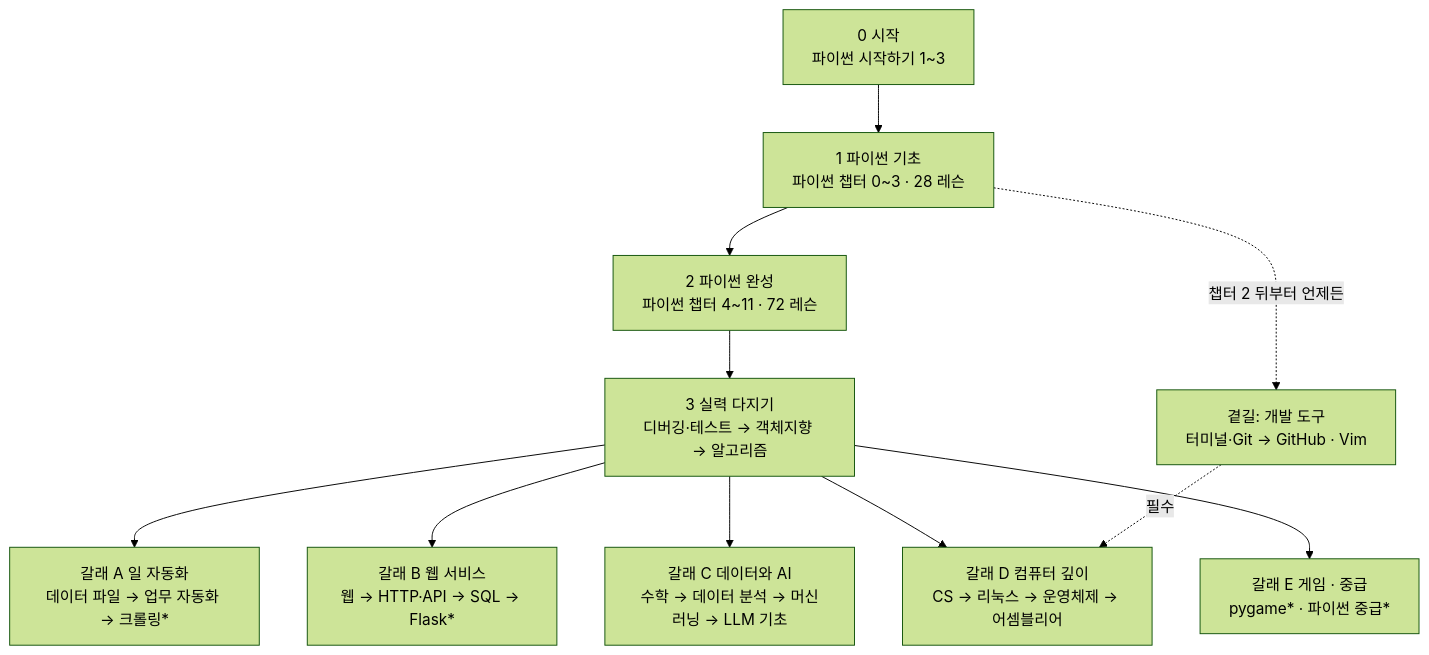
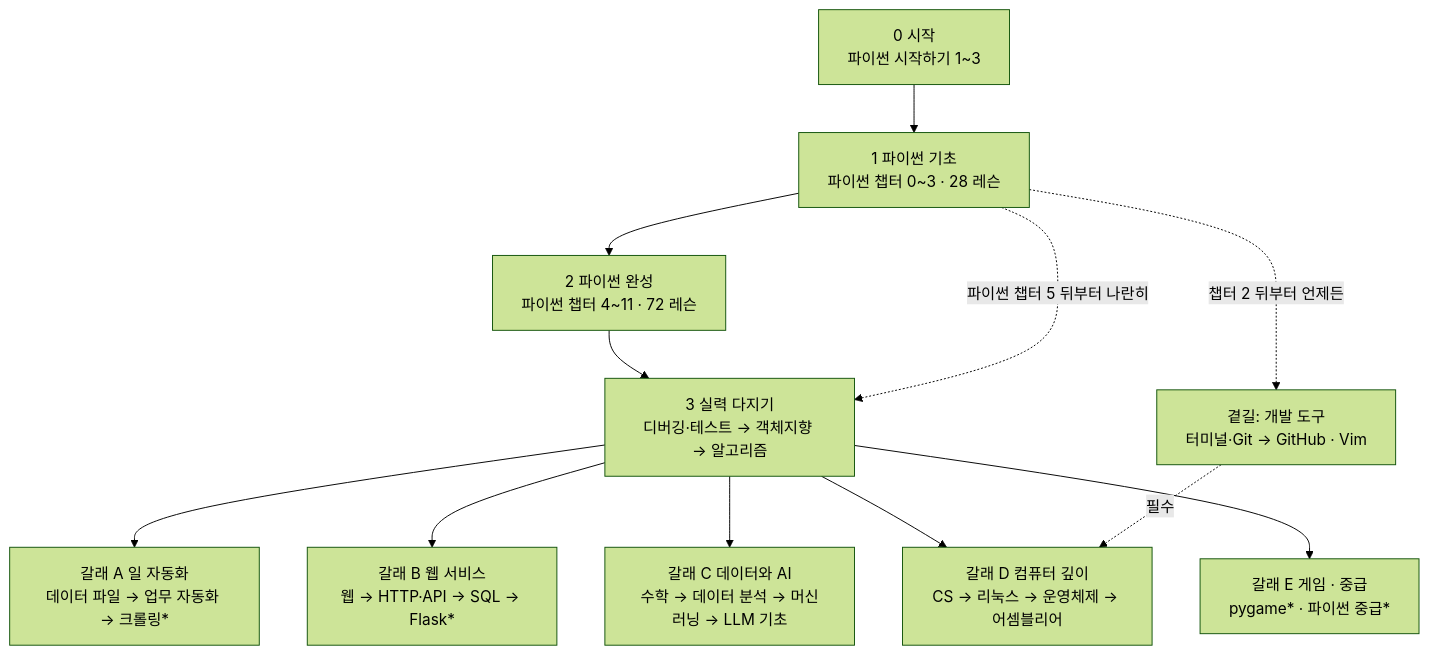
One commit to jihoon380462/python-academy changed the diagram in specs/roadmap.md. Above: the diagram before and after it, drawn with Mermaid (forest theme). The commit also changed other lines of this file and 3 other files, not shown here.

First line of the commit message:
로드맵 · 허브: 디버깅 · 객체지향은 파이썬 챕터 5 뒤부터 나란히

````diff
--- a/specs/roadmap.md
+++ b/specs/roadmap.md
@@ -58,13 +58,14 @@
 ```mermaid
 flowchart TD
   S["0 시작<br/>파이썬 시작하기 1~3"] --> P1["1 파이썬 기초<br/>파이썬 챕터 0~3 · 28 레슨"]
   P1 --> P2["2 파이썬 완성<br/>파이썬 챕터 4~11 · 72 레슨"]
   P2 --> K["3 실력 다지기<br/>디버깅·테스트 → 객체지향 → 알고리즘"]
+  P1 -. 파이썬 챕터 5 뒤부터 나란히 .-> K
   K --> A["갈래 A 일 자동화<br/>데이터 파일 → 업무 자동화 → 크롤링*"]
   K --> B["갈래 B 웹 서비스<br/>웹 → HTTP·API → SQL → Flask*"]
   K --> C["갈래 C 데이터와 AI<br/>수학 → 데이터 분석 → 머신러닝 → LLM 기초"]
   K --> D["갈래 D 컴퓨터 깊이<br/>CS → 리눅스 → 운영체제 → 어셈블리어"]
   K --> E["갈래 E 게임 · 중급<br/>pygame* · 파이썬 중급*"]
   P1 -. 챕터 2 뒤부터 언제든 .-> T["곁길: 개발 도구<br/>터미널·Git → GitHub · Vim"]
   T -. 필수 .-> D
 ```
````
